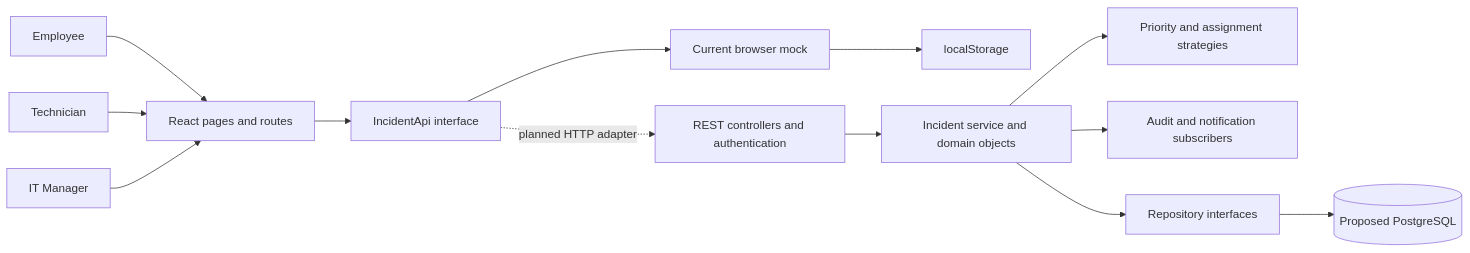
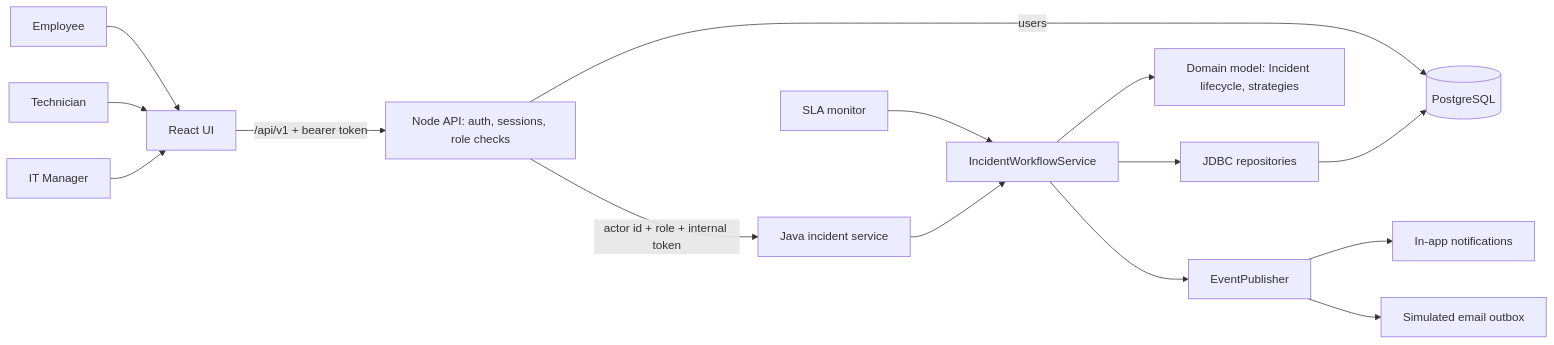
Before and after one commit to dhruvii06/bharat-rail: the first of 2 diagrams in docs/ARCHITECTURE.md, drawn with Mermaid. The commit also changed 63 other files, not shown here.

First line of the commit message:
Connect UI, Node API, Java domain and PostgreSQL persistence

````diff
--- a/docs/ARCHITECTURE.md
+++ b/docs/ARCHITECTURE.md
@@ -9,15 +9,17 @@
 ```mermaid
 flowchart LR
-  E[Employee] --> UI[React pages and routes]
+  E[Employee] --> UI[React UI]
   T[Technician] --> UI
   M[IT Manager] --> UI
-  UI --> Contract[IncidentApi interface]
-  Contract --> Mock[Current browser mock]
-  Mock --> Local[localStorage]
-  Contract -. planned HTTP adapter .-> API[REST controllers and authentication]
-  API --> Domain[Incident service and domain objects]
-  Domain --> Strategies[Priority and assignment strategies]
-  Domain --> Events[Audit and notification subscribers]
-  Domain --> Repository[Repository interfaces]
-  Repository --> DB[(Proposed PostgreSQL)]
+  UI -->|/api/v1 + bearer token| API[Node API: auth, sessions, role checks]
+  API -->|users| DB[(PostgreSQL)]
+  API -->|actor id + role + internal token| SVC[Java incident service]
+  SVC --> WF[IncidentWorkflowService]
+  WF --> Domain[Domain model: Incident lifecycle, strategies]
+  WF --> Repos[JDBC repositories]
+  Repos --> DB
+  WF --> Events[EventPublisher]
+  Events --> InApp[In-app notifications]
+  Events --> Email[Simulated email outbox]
+  SLA[SLA monitor] --> WF
 ```
````
